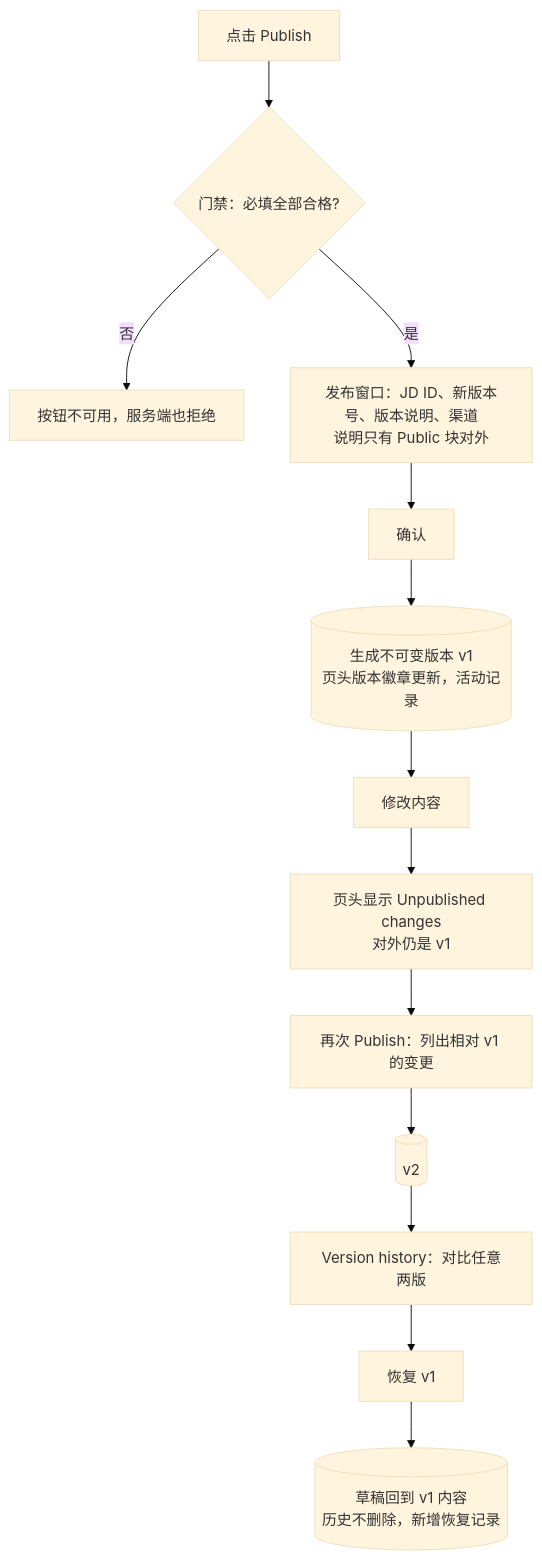
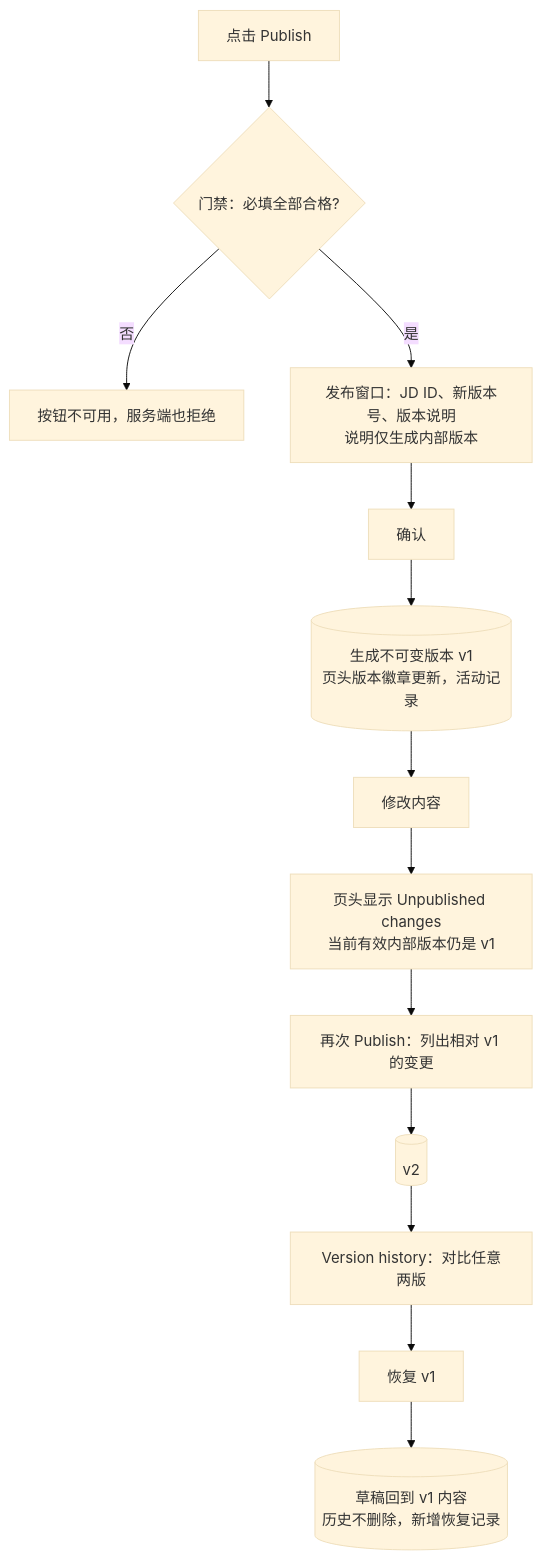
The diagram in docs/product/JD_Management/M8_Publish_Versions/User_Journey.md (TelyAgent/HireOSV2), drawn with Mermaid (base theme) before and after one commit. The commit also changed other lines of this file and 327 other files, not shown here.

````diff
--- a/docs/product/JD_Management/M8_Publish_Versions/User_Journey.md
+++ b/docs/product/JD_Management/M8_Publish_Versions/User_Journey.md
@@ -37,15 +37,15 @@
 ```mermaid
 flowchart TD
   P[点击 Publish] --> G{门禁：必填全部合格?}
   G -->|否| X[按钮不可用，服务端也拒绝]
-  G -->|是| D[发布窗口：JD ID、新版本号、版本说明、渠道<br/>说明只有 Public 块对外]
+  G -->|是| D[发布窗口：JD ID、新版本号、版本说明<br/>说明仅生成内部版本]
   D --> C[确认]
   C --> V1[(生成不可变版本 v1<br/>页头版本徽章更新，活动记录)]
   V1 --> E[修改内容]
-  E --> U[页头显示 Unpublished changes<br/>对外仍是 v1]
+  E --> U[页头显示 Unpublished changes<br/>当前有效内部版本仍是 v1]
   U --> P2[再次 Publish：列出相对 v1 的变更]
   P2 --> V2[(v2)]
   V2 --> H[Version history：对比任意两版]
   H --> R[恢复 v1]
   R --> N[(草稿回到 v1 内容<br/>历史不删除，新增恢复记录)]
 ```
````
